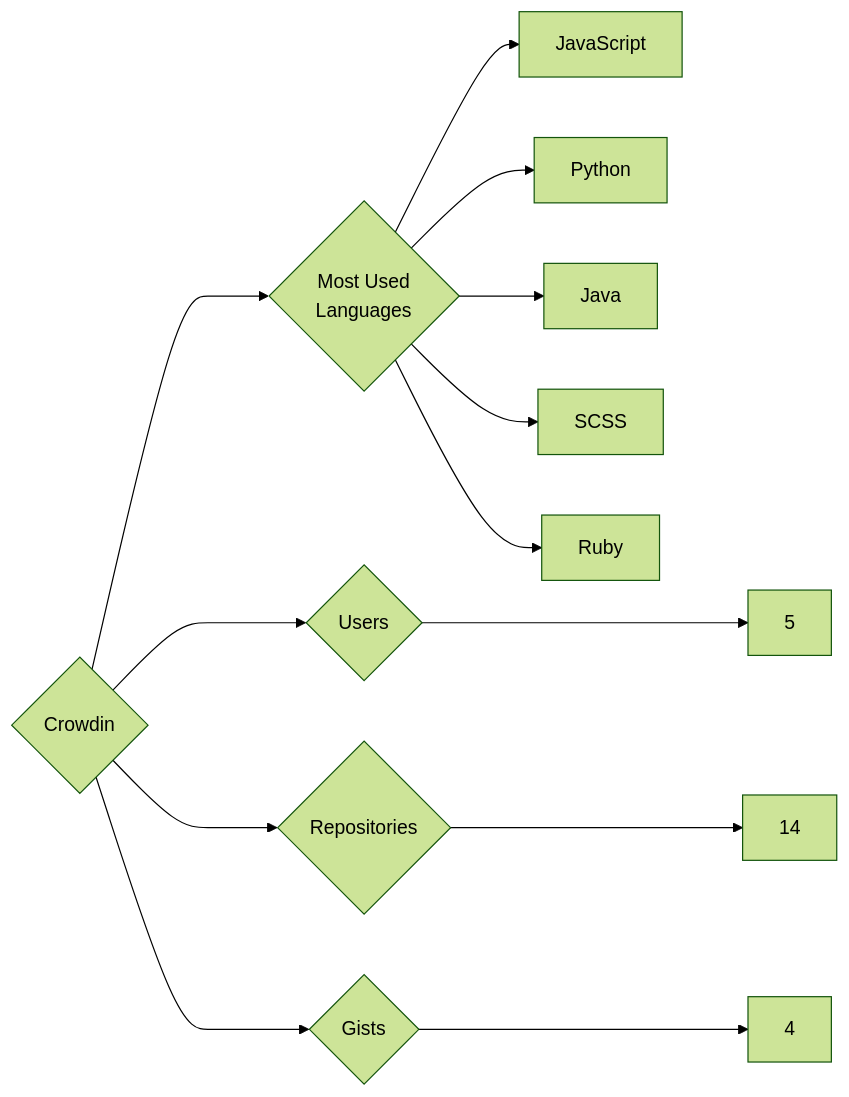
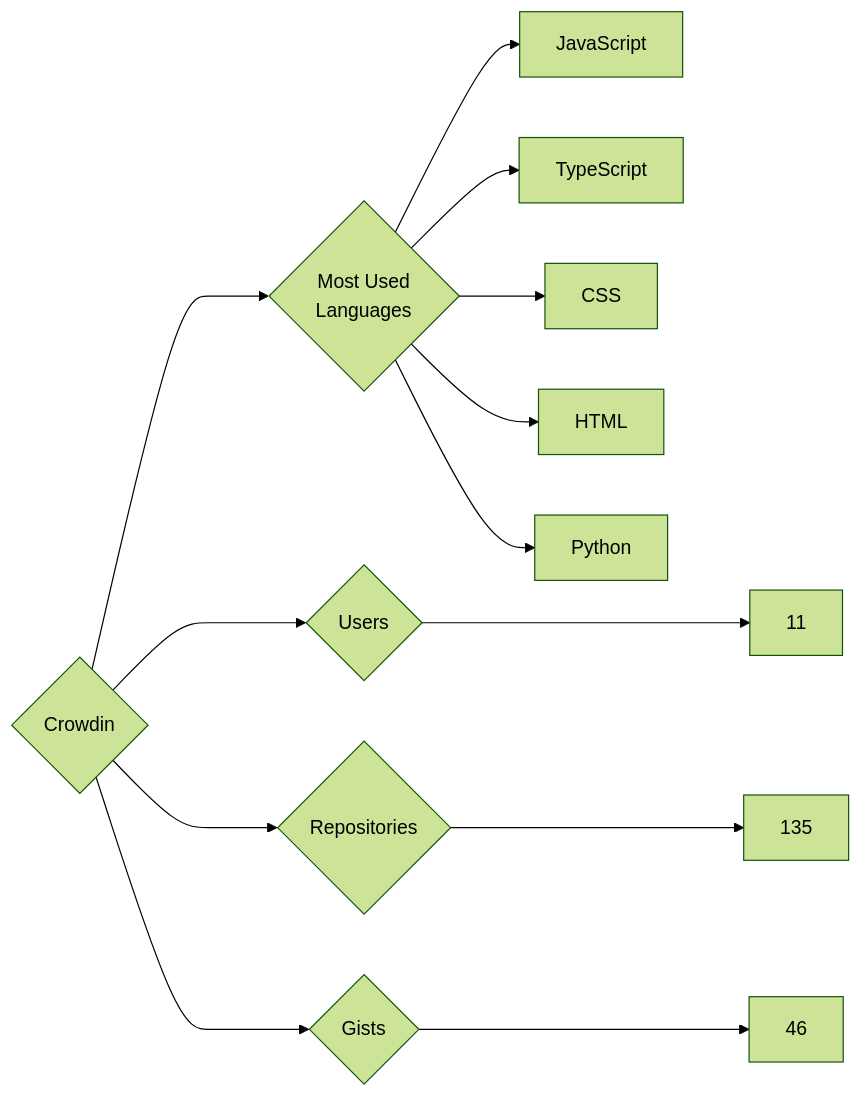
One commit to trickest/insiders changed the diagram in targets/Crowdin/README.md. Above: the diagram before and after it, drawn with Mermaid (forest theme). The commit also changed 1149 other files, not shown here.

````diff
--- a/targets/Crowdin/README.md
+++ b/targets/Crowdin/README.md
@@ -3,13 +3,13 @@
 ```mermaid
 graph LR
 COMPANY_NAME{Crowdin}
-COMPANY_NAME ---> U{Users} ---> UN[5]
-COMPANY_NAME ---> R{Repositories} ---> RN[14]
-COMPANY_NAME ---> G{Gists} ---> GN[4]
+COMPANY_NAME ---> U{Users} ---> UN[11]
+COMPANY_NAME ---> R{Repositories} ---> RN[135]
+COMPANY_NAME ---> G{Gists} ---> GN[46]
 COMPANY_NAME ---> ML{Most Used<br>Languages}
 ML --> JavaScript[JavaScript]
+ML --> TypeScript[TypeScript]
+ML --> CSS[CSS]
+ML --> HTML[HTML]
 ML --> Python[Python]
-ML --> Java[Java]
-ML --> SCSS[SCSS]
-ML --> Ruby[Ruby]
 ```
````
